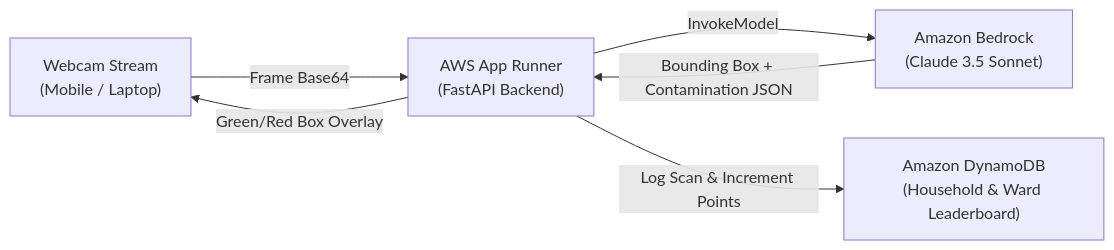
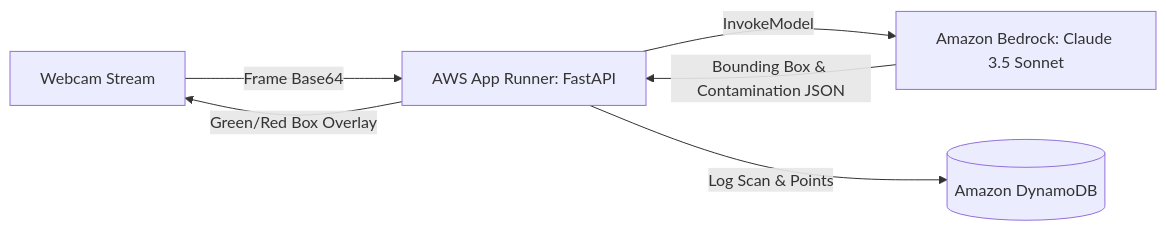
Before and after one commit to rawatdevesh2008/Sankalp-Squad: the diagram in README.md, drawn with Mermaid.

Commit message:
fix(docs): update Mermaid diagram syntax for GitHub renderer

````diff
--- a/README.md
+++ b/README.md
@@ -24,8 +24,8 @@
 ```mermaid
-flowchart LR
-    A["Webcam Stream<br/>(Mobile / Laptop)"] -->|Frame Base64| B["AWS App Runner<br/>(FastAPI Backend)"]
-    B -->|InvokeModel| C["Amazon Bedrock<br/>(Claude 3.5 Sonnet)"]
-    C -->|Bounding Box + Contamination JSON| B
-    B -->|Log Scan & Increment Points| D["Amazon DynamoDB<br/>(Household & Ward Leaderboard)"]
+graph LR
+    A[Webcam Stream] -->|Frame Base64| B[AWS App Runner: FastAPI]
+    B -->|InvokeModel| C[Amazon Bedrock: Claude 3.5 Sonnet]
+    C -->|Bounding Box & Contamination JSON| B
+    B -->|Log Scan & Points| D[(Amazon DynamoDB)]
     B -->|Green/Red Box Overlay| A
 ```
````
